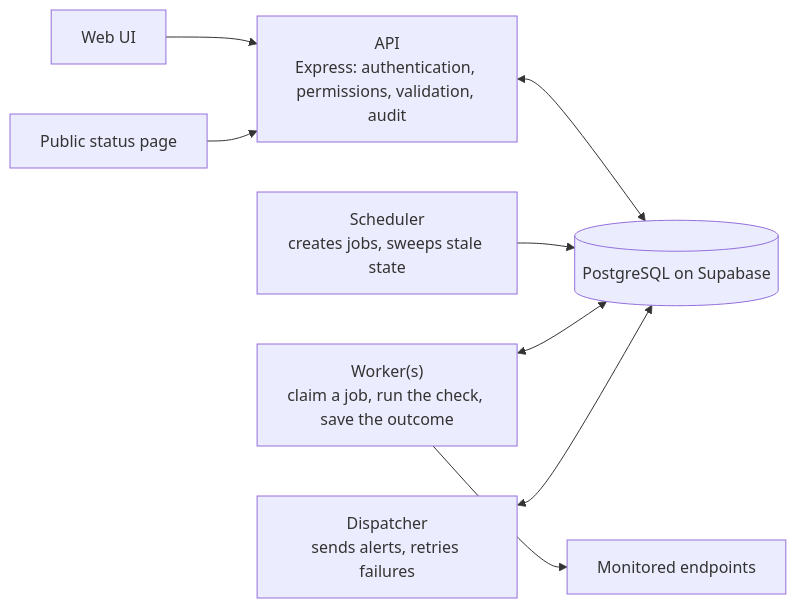
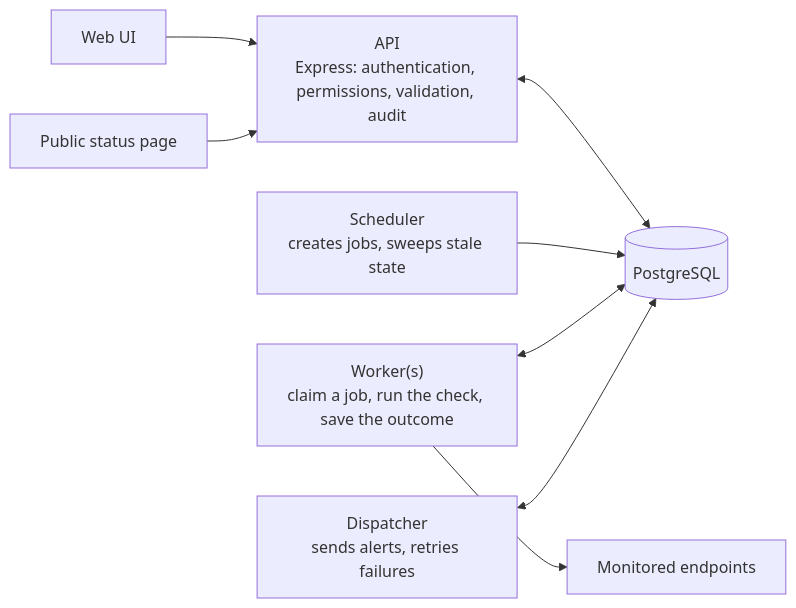
The first of 3 diagrams in docs/architecture.md (dominion-000/status-pulse), drawn with Mermaid before and after one commit. The commit also changed 4 other files, not shown here.

Commit message:
docs: acceptance pointer; stories/erd wording for production providers

````diff
--- a/docs/architecture.md
+++ b/docs/architecture.md
@@ -9,16 +9,16 @@
 ```mermaid
 flowchart LR
   UI["Web UI"] --> API
   PUB["Public status page"] --> API
   API["API<br/>Express: authentication, permissions, validation, audit"]
   SCH["Scheduler<br/>creates jobs, sweeps stale state"]
   WRK["Worker(s)<br/>claim a job, run the check, save the outcome"]
   DSP["Dispatcher<br/>sends alerts, retries failures"]
-  DB[("PostgreSQL on Supabase")]
+  DB[("PostgreSQL")]
   EXT["Monitored endpoints"]
   API <--> DB
   SCH --> DB
   WRK <--> DB
   DSP <--> DB
   WRK --> EXT
 ```
````
